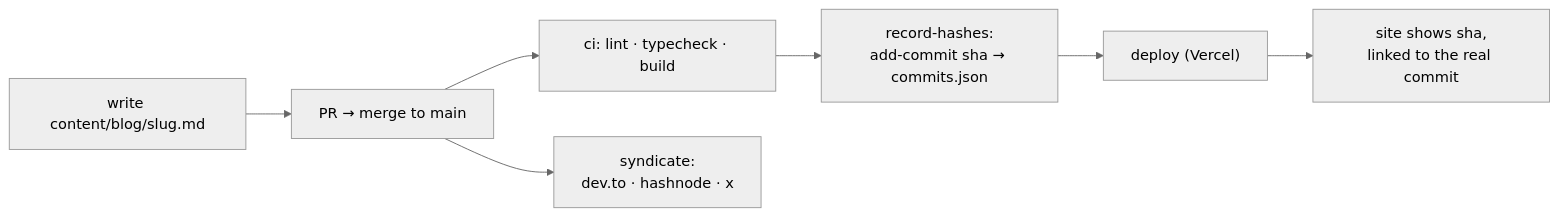
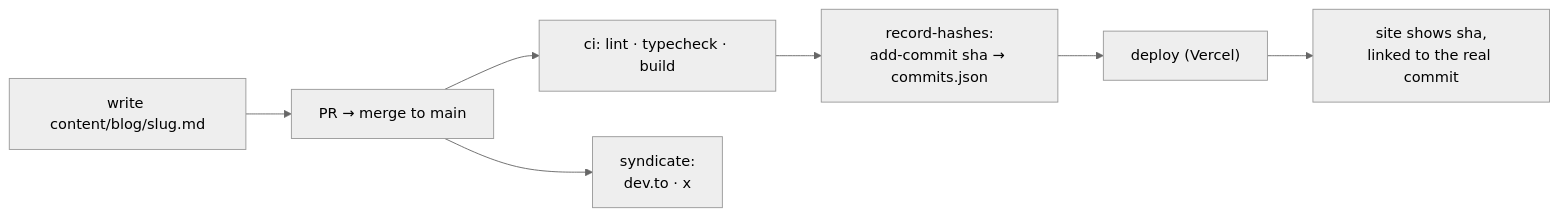
The diagram in README.md (gendev1/generalist.dev), drawn with Mermaid (neutral theme) before and after one commit. The commit also changed other lines of this file and 3 other files, not shown here.

````diff
--- a/README.md
+++ b/README.md
@@ -13,9 +13,9 @@
 ```mermaid
 flowchart LR
     A["write content/blog/slug.md"] --> B["PR → merge to main"]
     B --> C["ci: lint · typecheck · build"]
     C --> D["record-hashes:<br/>add-commit sha → commits.json"]
     D --> E["deploy (Vercel)"]
-    B --> F["syndicate:<br/>dev.to · hashnode · x"]
+    B --> F["syndicate:<br/>dev.to · x"]
     E --> G["site shows sha,<br/>linked to the real commit"]
 ```
````
